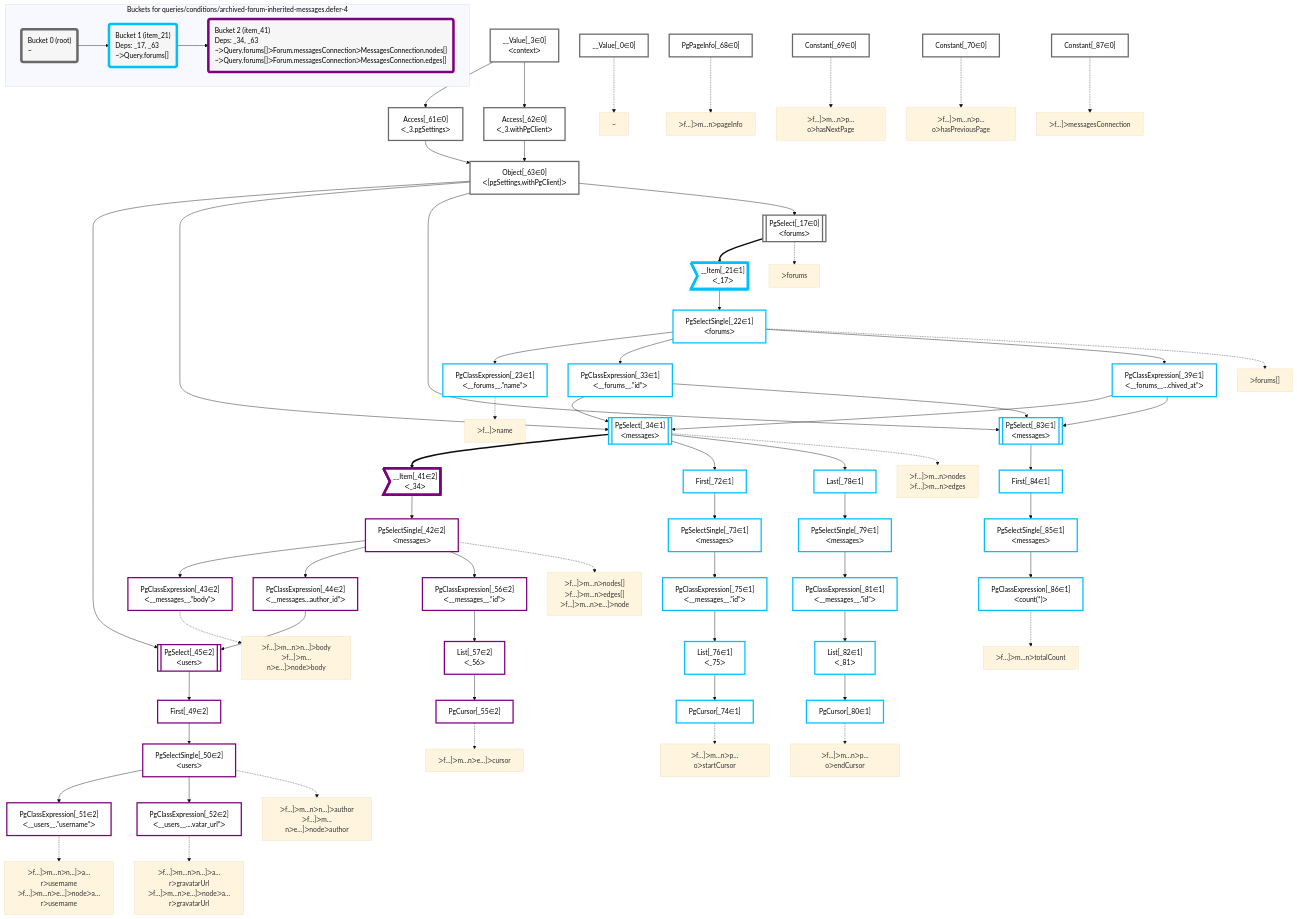
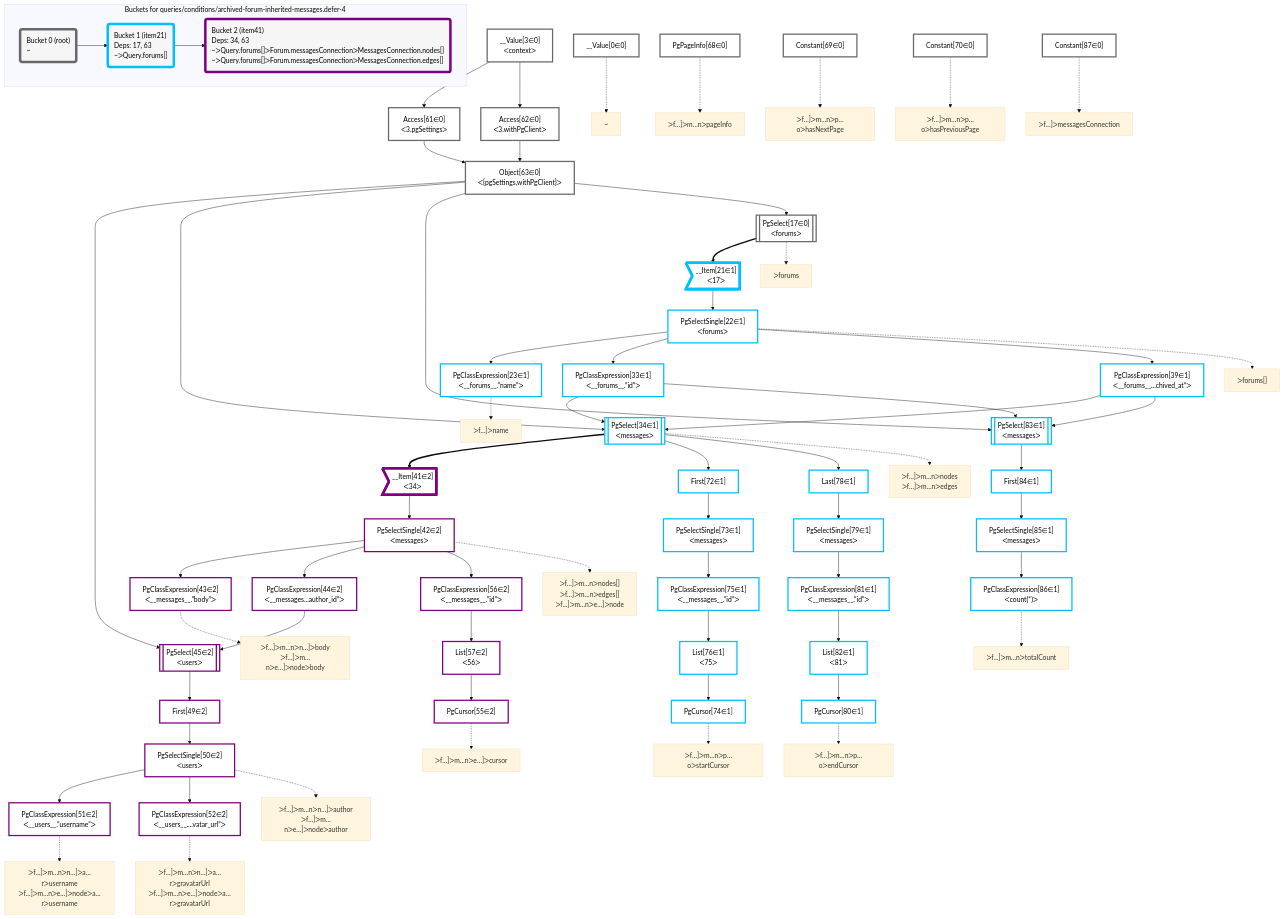
Before and after one commit to graphile/crystal: the diagram in packages/dataplan-pg/__tests__/queries/conditions/archived-forum-inherited-messages.defer-4.deopt.mermaid.md, drawn with Mermaid (base theme). The commit also changed 195 other files, not shown here.

```diff
--- a/packages/dataplan-pg/__tests__/queries/conditions/archived-forum-inherited-messages.defer-4.deopt.mermaid.md
+++ b/packages/dataplan-pg/__tests__/queries/conditions/archived-forum-inherited-messages.defer-4.deopt.mermaid.md
@@ -8,135 +8,135 @@
 
 
     %% define plans
-    __Value_0["__Value[_0∈0]"]:::plan
-    PgClassExpression_23["PgClassExpression[_23∈1]<br />ᐸ__forums__.”name”ᐳ"]:::plan
-    PgClassExpression_43["PgClassExpression[_43∈2]<br />ᐸ__messages__.”body”ᐳ"]:::plan
-    PgClassExpression_51["PgClassExpression[_51∈2]<br />ᐸ__users__.”username”ᐳ"]:::plan
-    PgClassExpression_52["PgClassExpression[_52∈2]<br />ᐸ__users__....vatar_url”ᐳ"]:::plan
-    PgSelectSingle_50["PgSelectSingle[_50∈2]<br />ᐸusersᐳ"]:::plan
-    First_49["First[_49∈2]"]:::plan
-    PgSelect_45[["PgSelect[_45∈2]<br />ᐸusersᐳ"]]:::plan
-    PgClassExpression_44["PgClassExpression[_44∈2]<br />ᐸ__messages...author_id”ᐳ"]:::plan
-    PgCursor_55["PgCursor[_55∈2]"]:::plan
-    List_57["List[_57∈2]<br />ᐸ_56ᐳ"]:::plan
-    PgClassExpression_56["PgClassExpression[_56∈2]<br />ᐸ__messages__.”id”ᐳ"]:::plan
-    PgSelectSingle_42["PgSelectSingle[_42∈2]<br />ᐸmessagesᐳ"]:::plan
-    __Item_41>"__Item[_41∈2]<br />ᐸ_34ᐳ"]:::itemplan
-    PgCursor_74["PgCursor[_74∈1]"]:::plan
-    List_76["List[_76∈1]<br />ᐸ_75ᐳ"]:::plan
-    PgClassExpression_75["PgClassExpression[_75∈1]<br />ᐸ__messages__.”id”ᐳ"]:::plan
-    PgSelectSingle_73["PgSelectSingle[_73∈1]<br />ᐸmessagesᐳ"]:::plan
-    First_72["First[_72∈1]"]:::plan
-    PgCursor_80["PgCursor[_80∈1]"]:::plan
-    List_82["List[_82∈1]<br />ᐸ_81ᐳ"]:::plan
-    PgClassExpression_81["PgClassExpression[_81∈1]<br />ᐸ__messages__.”id”ᐳ"]:::plan
-    PgSelectSingle_79["PgSelectSingle[_79∈1]<br />ᐸmessagesᐳ"]:::plan
-    Last_78["Last[_78∈1]"]:::plan
-    PgSelect_34[["PgSelect[_34∈1]<br />ᐸmessagesᐳ"]]:::plan
-    PgClassExpression_86["PgClassExpression[_86∈1]<br />ᐸcount(*)ᐳ"]:::plan
-    PgSelectSingle_85["PgSelectSingle[_85∈1]<br />ᐸmessagesᐳ"]:::plan
-    First_84["First[_84∈1]"]:::plan
-    PgSelect_83[["PgSelect[_83∈1]<br />ᐸmessagesᐳ"]]:::plan
-    PgClassExpression_33["PgClassExpression[_33∈1]<br />ᐸ__forums__.”id”ᐳ"]:::plan
-    PgClassExpression_39["PgClassExpression[_39∈1]<br />ᐸ__forums__...chived_at”ᐳ"]:::plan
-    PgSelectSingle_22["PgSelectSingle[_22∈1]<br />ᐸforumsᐳ"]:::plan
-    __Item_21>"__Item[_21∈1]<br />ᐸ_17ᐳ"]:::itemplan
-    PgSelect_17[["PgSelect[_17∈0]<br />ᐸforumsᐳ"]]:::plan
-    Object_63["Object[_63∈0]<br />ᐸ{pgSettings,withPgClient}ᐳ"]:::plan
-    Access_61["Access[_61∈0]<br />ᐸ_3.pgSettingsᐳ"]:::plan
-    Access_62["Access[_62∈0]<br />ᐸ_3.withPgClientᐳ"]:::plan
-    __Value_3["__Value[_3∈0]<br />ᐸcontextᐳ"]:::plan
-    Constant_87["Constant[_87∈0]"]:::plan
-    PgPageInfo_68["PgPageInfo[_68∈0]"]:::plan
-    Constant_69["Constant[_69∈0]"]:::plan
-    Constant_70["Constant[_70∈0]"]:::plan
+    __Value0["__Value[0∈0]"]:::plan
+    PgClassExpression23["PgClassExpression[23∈1]<br />ᐸ__forums__.”name”ᐳ"]:::plan
+    PgClassExpression43["PgClassExpression[43∈2]<br />ᐸ__messages__.”body”ᐳ"]:::plan
+    PgClassExpression51["PgClassExpression[51∈2]<br />ᐸ__users__.”username”ᐳ"]:::plan
+    PgClassExpression52["PgClassExpression[52∈2]<br />ᐸ__users__....vatar_url”ᐳ"]:::plan
+    PgSelectSingle50["PgSelectSingle[50∈2]<br />ᐸusersᐳ"]:::plan
+    First49["First[49∈2]"]:::plan
+    PgSelect45[["PgSelect[45∈2]<br />ᐸusersᐳ"]]:::plan
+    PgClassExpression44["PgClassExpression[44∈2]<br />ᐸ__messages...author_id”ᐳ"]:::plan
+    PgCursor55["PgCursor[55∈2]"]:::plan
+    List57["List[57∈2]<br />ᐸ56ᐳ"]:::plan
+    PgClassExpression56["PgClassExpression[56∈2]<br />ᐸ__messages__.”id”ᐳ"]:::plan
+    PgSelectSingle42["PgSelectSingle[42∈2]<br />ᐸmessagesᐳ"]:::plan
+    __Item41>"__Item[41∈2]<br />ᐸ34ᐳ"]:::itemplan
+    PgCursor74["PgCursor[74∈1]"]:::plan
+    List76["List[76∈1]<br />ᐸ75ᐳ"]:::plan
+    PgClassExpression75["PgClassExpression[75∈1]<br />ᐸ__messages__.”id”ᐳ"]:::plan
+    PgSelectSingle73["PgSelectSingle[73∈1]<br />ᐸmessagesᐳ"]:::plan
+    First72["First[72∈1]"]:::plan
+    PgCursor80["PgCursor[80∈1]"]:::plan
+    List82["List[82∈1]<br />ᐸ81ᐳ"]:::plan
+    PgClassExpression81["PgClassExpression[81∈1]<br />ᐸ__messages__.”id”ᐳ"]:::plan
+    PgSelectSingle79["PgSelectSingle[79∈1]<br />ᐸmessagesᐳ"]:::plan
+    Last78["Last[78∈1]"]:::plan
+    PgSelect34[["PgSelect[34∈1]<br />ᐸmessagesᐳ"]]:::plan
+    PgClassExpression86["PgClassExpression[86∈1]<br />ᐸcount(*)ᐳ"]:::plan
+    PgSelectSingle85["PgSelectSingle[85∈1]<br />ᐸmessagesᐳ"]:::plan
+    First84["First[84∈1]"]:::plan
+    PgSelect83[["PgSelect[83∈1]<br />ᐸmessagesᐳ"]]:::plan
+    PgClassExpression33["PgClassExpression[33∈1]<br />ᐸ__forums__.”id”ᐳ"]:::plan
+    PgClassExpression39["PgClassExpression[39∈1]<br />ᐸ__forums__...chived_at”ᐳ"]:::plan
+    PgSelectSingle22["PgSelectSingle[22∈1]<br />ᐸforumsᐳ"]:::plan
+    __Item21>"__Item[21∈1]<br />ᐸ17ᐳ"]:::itemplan
+    PgSelect17[["PgSelect[17∈0]<br />ᐸforumsᐳ"]]:::plan
+    Object63["Object[63∈0]<br />ᐸ{pgSettings,withPgClient}ᐳ"]:::plan
+    Access61["Access[61∈0]<br />ᐸ3.pgSettingsᐳ"]:::plan
+    Access62["Access[62∈0]<br />ᐸ3.withPgClientᐳ"]:::plan
+    __Value3["__Value[3∈0]<br />ᐸcontextᐳ"]:::plan
+    Constant87["Constant[87∈0]"]:::plan
+    PgPageInfo68["PgPageInfo[68∈0]"]:::plan
+    Constant69["Constant[69∈0]"]:::plan
+    Constant70["Constant[70∈0]"]:::plan
 
     %% plan dependencies
-    PgSelectSingle_22 --> PgClassExpression_23
-    PgSelectSingle_42 --> PgClassExpression_43
-    PgSelectSingle_50 --> PgClassExpression_51
-    PgSelectSingle_50 --> PgClassExpression_52
-    First_49 --> PgSelectSingle_50
-    PgSelect_45 --> First_49
-    Object_63 & PgClassExpression_44 --> PgSelect_45
-    PgSelectSingle_42 --> PgClassExpression_44
-    List_57 --> PgCursor_55
-    PgClassExpression_56 --> List_57
-    PgSelectSingle_42 --> PgClassExpression_56
-    __Item_41 --> PgSelectSingle_42
-    PgSelect_34 ==> __Item_41
-    List_76 --> PgCursor_74
-    PgClassExpression_75 --> List_76
-    PgSelectSingle_73 --> PgClassExpression_75
-    First_72 --> PgSelectSingle_73
-    PgSelect_34 --> First_72
-    List_82 --> PgCursor_80
-    PgClassExpression_81 --> List_82
-    PgSelectSingle_79 --> PgClassExpression_81
-    Last_78 --> PgSelectSingle_79
-    PgSelect_34 --> Last_78
-    Object_63 & PgClassExpression_33 & PgClassExpression_39 --> PgSelect_34
-    PgSelectSingle_85 --> PgClassExpression_86
-    First_84 --> PgSelectSingle_85
-    PgSelect_83 --> First_84
-    Object_63 & PgClassExpression_33 & PgClassExpression_39 --> PgSelect_83
-    PgSelectSingle_22 --> PgClassExpression_33
-    PgSelectSingle_22 --> PgClassExpression_39
-    __Item_21 --> PgSelectSingle_22
-    PgSelect_17 ==> __Item_21
-    Object_63 --> PgSelect_17
-    Access_61 & Access_62 --> Object_63
-    __Value_3 --> Access_61
-    __Value_3 --> Access_62
+    PgSelectSingle22 --> PgClassExpression23
+    PgSelectSingle42 --> PgClassExpression43
+    PgSelectSingle50 --> PgClassExpression51
+    PgSelectSingle50 --> PgClassExpression52
+    First49 --> PgSelectSingle50
+    PgSelect45 --> First49
+    Object63 & PgClassExpression44 --> PgSelect45
+    PgSelectSingle42 --> PgClassExpression44
+    List57 --> PgCursor55
+    PgClassExpression56 --> List57
+    PgSelectSingle42 --> PgClassExpression56
+    __Item41 --> PgSelectSingle42
+    PgSelect34 ==> __Item41
+    List76 --> PgCursor74
+    PgClassExpression75 --> List76
+    PgSelectSingle73 --> PgClassExpression75
+    First72 --> PgSelectSingle73
+    PgSelect34 --> First72
+    List82 --> PgCursor80
+    PgClassExpression81 --> List82
+    PgSelectSingle79 --> PgClassExpression81
+    Last78 --> PgSelectSingle79
+    PgSelect34 --> Last78
+    Object63 & PgClassExpression33 & PgClassExpression39 --> PgSelect34
+    PgSelectSingle85 --> PgClassExpression86
+    First84 --> PgSelectSingle85
+    PgSelect83 --> First84
+    Object63 & PgClassExpression33 & PgClassExpression39 --> PgSelect83
+    PgSelectSingle22 --> PgClassExpression33
+    PgSelectSingle22 --> PgClassExpression39
+    __Item21 --> PgSelectSingle22
+    PgSelect17 ==> __Item21
+    Object63 --> PgSelect17
+    Access61 & Access62 --> Object63
+    __Value3 --> Access61
+    __Value3 --> Access62
 
     %% plan-to-path relationships
-    P_0["~"]
-    __Value_0 -.-> P_0
-    P_17["ᐳforums"]
-    PgSelect_17 -.-> P_17
-    P_22["ᐳforums[]"]
-    PgSelectSingle_22 -.-> P_22
-    P_23["ᐳf…]ᐳname"]
-    PgClassExpression_23 -.-> P_23
-    P_34["ᐳf…]ᐳm…nᐳnodes<br />ᐳf…]ᐳm…nᐳedges"]
-    PgSelect_34 -.-> P_34
-    P_42["ᐳf…]ᐳm…nᐳnodes[]<br />ᐳf…]ᐳm…nᐳedges[]<br />ᐳf…]ᐳm…nᐳe…]ᐳnode"]
-    PgSelectSingle_42 -.-> P_42
-    P_43["ᐳf…]ᐳm…nᐳn…]ᐳbody<br />ᐳf…]ᐳm…nᐳe…]ᐳnodeᐳbody"]
-    PgClassExpression_43 -.-> P_43
-    P_50["ᐳf…]ᐳm…nᐳn…]ᐳauthor<br />ᐳf…]ᐳm…nᐳe…]ᐳnodeᐳauthor"]
-    PgSelectSingle_50 -.-> P_50
-    P_51["ᐳf…]ᐳm…nᐳn…]ᐳa…rᐳusername<br />ᐳf…]ᐳm…nᐳe…]ᐳnodeᐳa…rᐳusername"]
-    PgClassExpression_51 -.-> P_51
-    P_52["ᐳf…]ᐳm…nᐳn…]ᐳa…rᐳgravatarUrl<br />ᐳf…]ᐳm…nᐳe…]ᐳnodeᐳa…rᐳgravatarUrl"]
-    PgClassExpression_52 -.-> P_52
-    P_55["ᐳf…]ᐳm…nᐳe…]ᐳcursor"]
-    PgCursor_55 -.-> P_55
-    P_68["ᐳf…]ᐳm…nᐳpageInfo"]
-    PgPageInfo_68 -.-> P_68
-    P_69["ᐳf…]ᐳm…nᐳp…oᐳhasNextPage"]
-    Constant_69 -.-> P_69
-    P_70["ᐳf…]ᐳm…nᐳp…oᐳhasPreviousPage"]
-    Constant_70 -.-> P_70
-    P_74["ᐳf…]ᐳm…nᐳp…oᐳstartCursor"]
-    PgCursor_74 -.-> P_74
-    P_80["ᐳf…]ᐳm…nᐳp…oᐳendCursor"]
-    PgCursor_80 -.-> P_80
-    P_86["ᐳf…]ᐳm…nᐳtotalCount"]
-    PgClassExpression_86 -.-> P_86
-    P_87["ᐳf…]ᐳmessagesConnection"]
-    Constant_87 -.-> P_87
+    P0["~"]
+    __Value0 -.-> P0
+    P17["ᐳforums"]
+    PgSelect17 -.-> P17
+    P22["ᐳforums[]"]
+    PgSelectSingle22 -.-> P22
+    P23["ᐳf…]ᐳname"]
+    PgClassExpression23 -.-> P23
+    P34["ᐳf…]ᐳm…nᐳnodes<br />ᐳf…]ᐳm…nᐳedges"]
+    PgSelect34 -.-> P34
+    P42["ᐳf…]ᐳm…nᐳnodes[]<br />ᐳf…]ᐳm…nᐳedges[]<br />ᐳf…]ᐳm…nᐳe…]ᐳnode"]
+    PgSelectSingle42 -.-> P42
+    P43["ᐳf…]ᐳm…nᐳn…]ᐳbody<br />ᐳf…]ᐳm…nᐳe…]ᐳnodeᐳbody"]
+    PgClassExpression43 -.-> P43
+    P50["ᐳf…]ᐳm…nᐳn…]ᐳauthor<br />ᐳf…]ᐳm…nᐳe…]ᐳnodeᐳauthor"]
+    PgSelectSingle50 -.-> P50
+    P51["ᐳf…]ᐳm…nᐳn…]ᐳa…rᐳusername<br />ᐳf…]ᐳm…nᐳe…]ᐳnodeᐳa…rᐳusername"]
+    PgClassExpression51 -.-> P51
+    P52["ᐳf…]ᐳm…nᐳn…]ᐳa…rᐳgravatarUrl<br />ᐳf…]ᐳm…nᐳe…]ᐳnodeᐳa…rᐳgravatarUrl"]
+    PgClassExpression52 -.-> P52
+    P55["ᐳf…]ᐳm…nᐳe…]ᐳcursor"]
+    PgCursor55 -.-> P55
+    P68["ᐳf…]ᐳm…nᐳpageInfo"]
+    PgPageInfo68 -.-> P68
+    P69["ᐳf…]ᐳm…nᐳp…oᐳhasNextPage"]
+    Constant69 -.-> P69
+    P70["ᐳf…]ᐳm…nᐳp…oᐳhasPreviousPage"]
+    Constant70 -.-> P70
+    P74["ᐳf…]ᐳm…nᐳp…oᐳstartCursor"]
+    PgCursor74 -.-> P74
+    P80["ᐳf…]ᐳm…nᐳp…oᐳendCursor"]
+    PgCursor80 -.-> P80
+    P86["ᐳf…]ᐳm…nᐳtotalCount"]
+    PgClassExpression86 -.-> P86
+    P87["ᐳf…]ᐳmessagesConnection"]
+    Constant87 -.-> P87
 
     subgraph "Buckets for queries/conditions/archived-forum-inherited-messages.defer-4"
     Bucket0("Bucket 0 (root)<br />~"):::bucket
     classDef bucket0 stroke:#696969
-    class Bucket0,__Value_0,__Value_3,PgSelect_17,Access_61,Access_62,Object_63,PgPageInfo_68,Constant_69,Constant_70,Constant_87 bucket0
-    Bucket1("Bucket 1 (item_21)<br />Deps: _17, _63<br />~ᐳQuery.forums[]"):::bucket
+    class Bucket0,__Value0,__Value3,PgSelect17,Access61,Access62,Object63,PgPageInfo68,Constant69,Constant70,Constant87 bucket0
+    Bucket1("Bucket 1 (item21)<br />Deps: 17, 63<br />~ᐳQuery.forums[]"):::bucket
     classDef bucket1 stroke:#00bfff
-    class Bucket1,__Item_21,PgSelectSingle_22,PgClassExpression_23,PgClassExpression_33,PgSelect_34,PgClassExpression_39,First_72,PgSelectSingle_73,PgCursor_74,PgClassExpression_75,List_76,Last_78,PgSelectSingle_79,PgCursor_80,PgClassExpression_81,List_82,PgSelect_83,First_84,PgSelectSingle_85,PgClassExpression_86 bucket1
-    Bucket2("Bucket 2 (item_41)<br />Deps: _34, _63<br />~ᐳQuery.forums[]ᐳForum.messagesConnectionᐳMessagesConnection.nodes[]<br />~ᐳQuery.forums[]ᐳForum.messagesConnectionᐳMessagesConnection.edges[]"):::bucket
+    class Bucket1,__Item21,PgSelectSingle22,PgClassExpression23,PgClassExpression33,PgSelect34,PgClassExpression39,First72,PgSelectSingle73,PgCursor74,PgClassExpression75,List76,Last78,PgSelectSingle79,PgCursor80,PgClassExpression81,List82,PgSelect83,First84,PgSelectSingle85,PgClassExpression86 bucket1
+    Bucket2("Bucket 2 (item41)<br />Deps: 34, 63<br />~ᐳQuery.forums[]ᐳForum.messagesConnectionᐳMessagesConnection.nodes[]<br />~ᐳQuery.forums[]ᐳForum.messagesConnectionᐳMessagesConnection.edges[]"):::bucket
     classDef bucket2 stroke:#7f007f
-    class Bucket2,__Item_41,PgSelectSingle_42,PgClassExpression_43,PgClassExpression_44,PgSelect_45,First_49,PgSelectSingle_50,PgClassExpression_51,PgClassExpression_52,PgCursor_55,PgClassExpression_56,List_57 bucket2
+    class Bucket2,__Item41,PgSelectSingle42,PgClassExpression43,PgClassExpression44,PgSelect45,First49,PgSelectSingle50,PgClassExpression51,PgClassExpression52,PgCursor55,PgClassExpression56,List57 bucket2
     Bucket0 --> Bucket1
     Bucket1 --> Bucket2
     end
```
